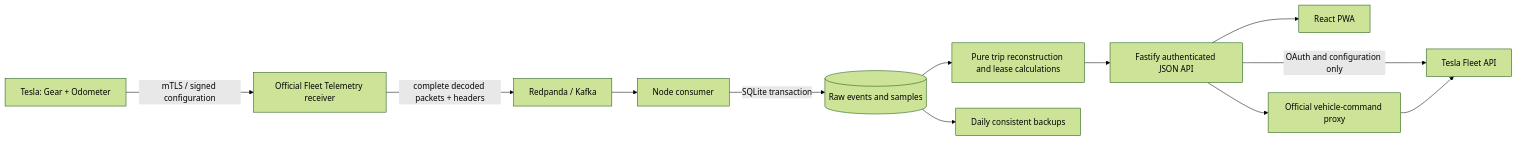
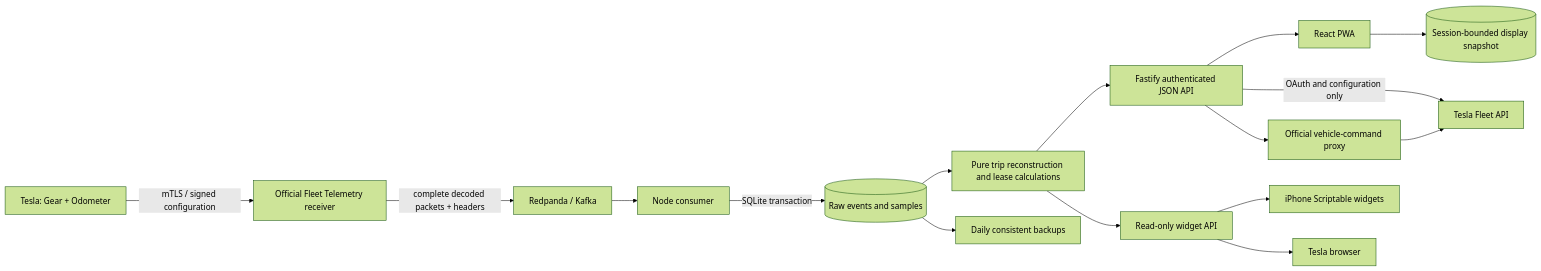
One commit to biermann-scale-up-dev/tesla-lease-tracker changed the diagram in docs/architecture.md. Above: the diagram before and after it, drawn with Mermaid (forest theme). The commit also changed other lines of this file and 43 other files, not shown here.

Commit message:
feat: release 0.3.0 with offline PWA and paired widgets

````diff
--- a/docs/architecture.md
+++ b/docs/architecture.md
@@ -3,14 +3,18 @@
 ```mermaid
 flowchart LR
     Car[Tesla: Gear + Odometer] -->|mTLS / signed configuration| Receiver[Official Fleet Telemetry receiver]
     Receiver -->|complete decoded packets + headers| Broker[Redpanda / Kafka]
     Broker --> Consumer[Node consumer]
     Consumer -->|SQLite transaction| DB[(Raw events and samples)]
     DB --> Analytics[Pure trip reconstruction and lease calculations]
     Analytics --> API[Fastify authenticated JSON API]
     API --> UI[React PWA]
+    UI --> Offline[(Session-bounded display snapshot)]
+    Analytics --> WidgetAPI[Read-only widget API]
+    WidgetAPI --> Scriptable[iPhone Scriptable widgets]
+    WidgetAPI --> CarBrowser[Tesla browser]
     API -->|OAuth and configuration only| Tesla[Tesla Fleet API]
     API --> Proxy[Official vehicle-command proxy]
     Proxy --> Tesla
     DB --> Backups[Daily consistent backups]
 ```
````
